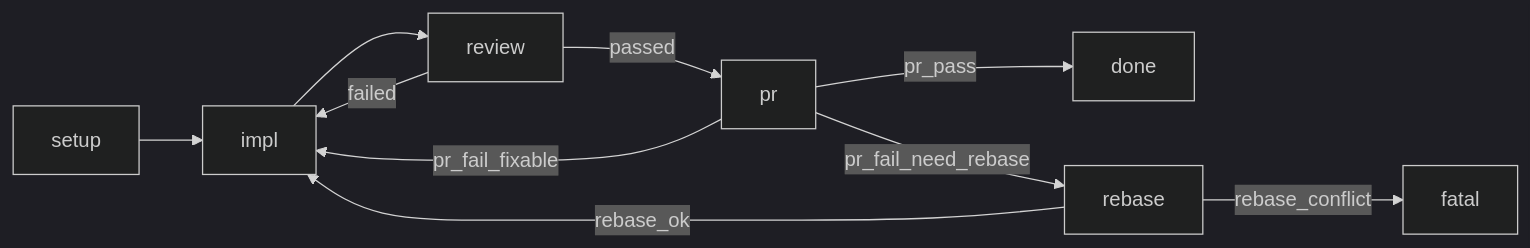
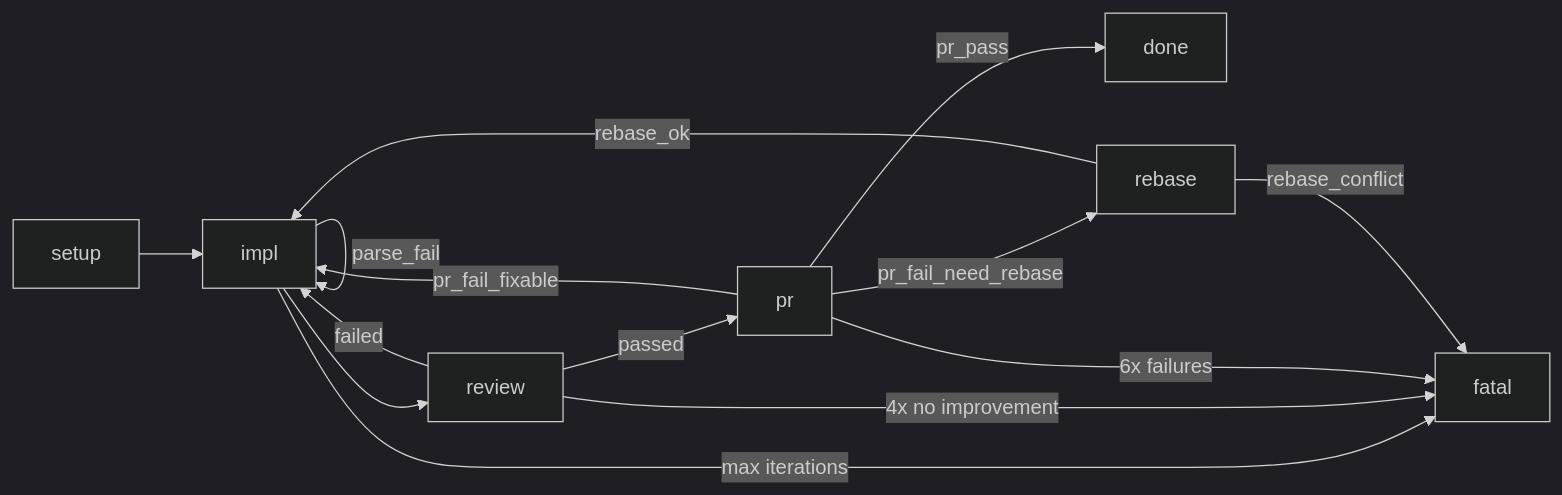
One commit to comhuhuan/agentize changed the first of 2 diagrams in python/agentize/workflow/impl/impl.md. Above: the diagram before and after it, drawn with Mermaid (dark theme). The commit also changed other lines of this file and 5 other files, not shown here.

````diff
--- a/python/agentize/workflow/impl/impl.md
+++ b/python/agentize/workflow/impl/impl.md
@@ -65,12 +67,17 @@
 ```mermaid
 flowchart LR
     setup[setup] --> impl[impl]
+    impl -->|impl_not_done| impl
+    impl -->|parse_fail| impl
+    impl -->|max iterations| fatal[fatal]
     impl --> review[review]
     review -->|passed| pr[pr]
     review -->|failed| impl
+    review -->|4x no improvement| fatal
     pr -->|pr_pass| done[done]
     pr -->|pr_fail_fixable| impl
     pr -->|pr_fail_need_rebase| rebase[rebase]
+    pr -->|6x failures| fatal
     rebase -->|rebase_ok| impl
-    rebase -->|rebase_conflict| fatal[fatal]
+    rebase -->|rebase_conflict| fatal
 ```
````
